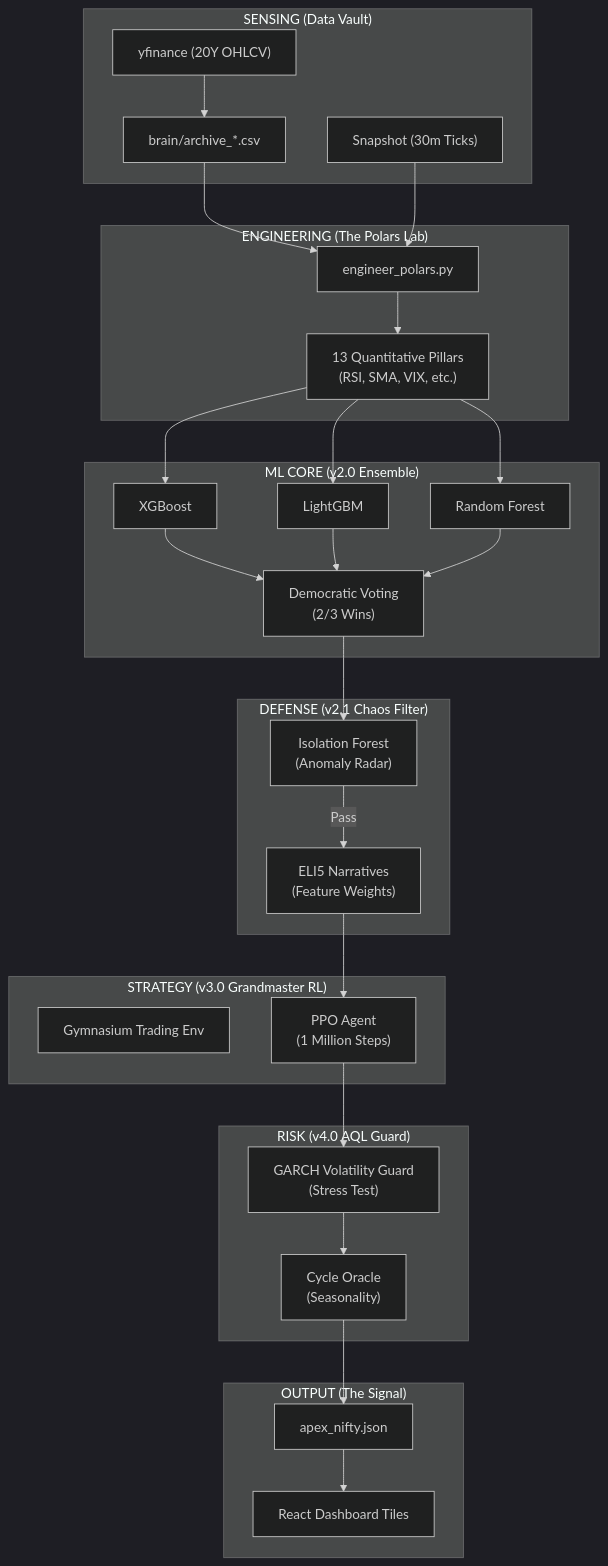
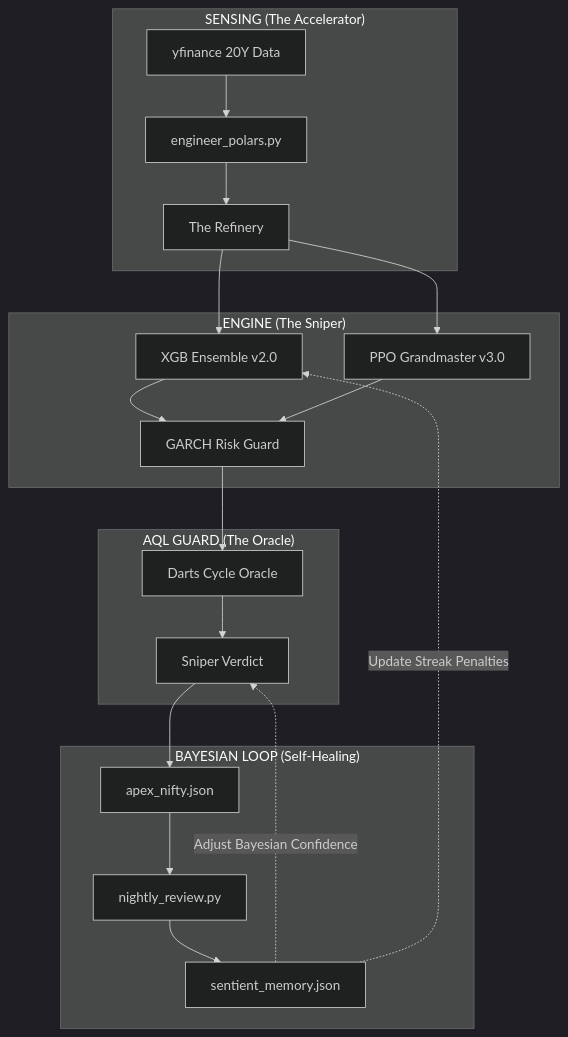
Before and after one commit to pravindev666/Tradyx-Aleph: the fourth of 4 diagrams in README.md, drawn with Mermaid (dark theme). The commit also changed other lines of this file, not shown here.

````diff
--- a/README.md
+++ b/README.md
@@ -15,53 +117,27 @@
 ```mermaid
 graph TD
-    subgraph "SENSING (Data Vault)"
-        YF["yfinance (20Y OHLCV)"]
-        LIVE["Snapshot (30m Ticks)"]
-        ARCH["brain/archive_*.csv"]
+    subgraph "SENSING (The Accelerator)"
+        A_YF[yfinance 20Y Data] --> A_POL[engineer_polars.py]
+        A_POL --> A_REF[The Refinery]
     end
 
-    subgraph "ENGINEERING (The Polars Lab)"
-        POLY["engineer_polars.py"]
-        FEAT["13 Quantitative Pillars\n(RSI, SMA, VIX, etc.)"]
+    subgraph "ENGINE (The Sniper)"
+        A_REF --> A_XGB[XGB Ensemble v2.0]
+        A_REF --> A_PPO[PPO Grandmaster v3.0]
+        A_XGB & A_PPO --> A_RISK[GARCH Risk Guard]
     end
 
-    subgraph "ML CORE (v2.0 Ensemble)"
-        XGB["XGBoost"]
-        LGB["LightGBM"]
-        RF["Random Forest"]
-        VOTE["Democratic Voting\n(2/3 Wins)"]
+    subgraph "AQL GUARD (The Oracle)"
+        A_RISK --> A_DAR[Darts Cycle Oracle]
+        A_DAR --> A_SNIP[Sniper Verdict]
     end
 
-    subgraph "DEFENSE (v2.1 Chaos Filter)"
-        ISO["Isolation Forest\n(Anomaly Radar)"]
-        ELI5["ELI5 Narratives\n(Feature Weights)"]
+    subgraph "BAYESIAN LOOP (Self-Healing)"
+        A_SNIP --> A_OUT[apex_nifty.json]
+        A_OUT --> A_NIGHT[nightly_review.py]
+        A_NIGHT --> A_MEM[sentient_memory.json]
+        
+        A_MEM -.->|Adjust Bayesian Confidence| A_SNIP
+        A_MEM -.->|Update Streak Penalties| A_XGB
     end
-
-    subgraph "STRATEGY (v3.0 Grandmaster RL)"
-        ENV["Gymnasium Trading Env"]
-        PPO["PPO Agent\n(1 Million Steps)"]
-    end
-
-    subgraph "RISK (v4.0 AQL Guard)"
-        GARCH["GARCH Volatility Guard\n(Stress Test)"]
-        DARTS["Cycle Oracle\n(Seasonality)"]
-    end
-
-    subgraph "OUTPUT (The Signal)"
-        JSON["apex_nifty.json"]
-        UI["React Dashboard Tiles"]
-    end
-
-    YF --> ARCH --> POLY
-    LIVE --> POLY
-    POLY --> FEAT
-    FEAT --> XGB & LGB & RF
-    XGB & LGB & RF --> VOTE
-    VOTE --> ISO
-    ISO -->|Pass| ELI5
-    ELI5 --> PPO
-    PPO --> GARCH
-    GARCH --> DARTS
-    DARTS --> JSON
-    JSON --> UI
 ```
````
